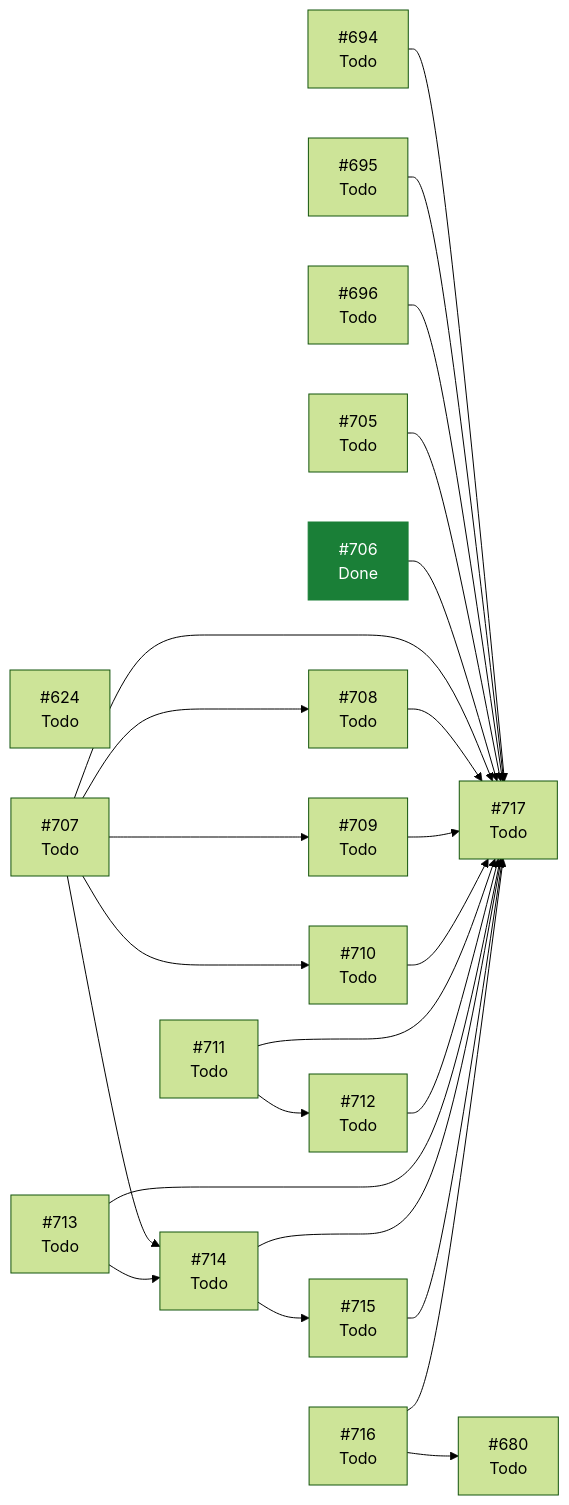
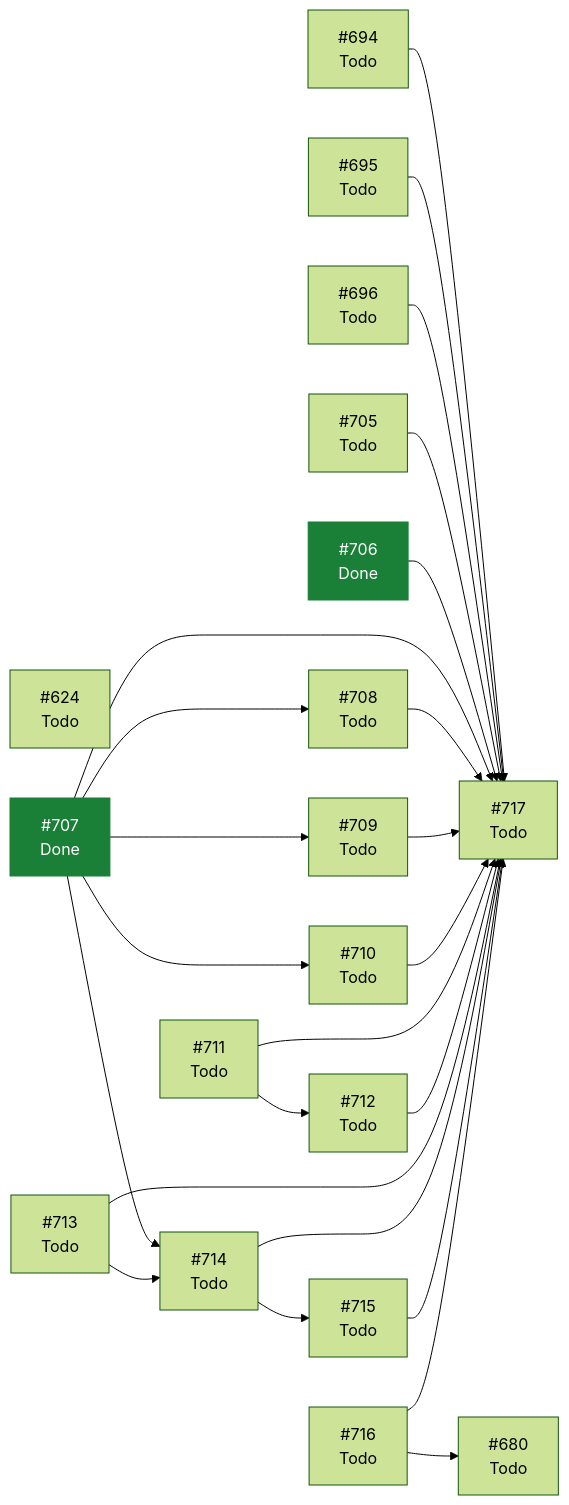
Before and after one commit to ecamp0s/evault: the diagram in docs/planning/STATUS.md, drawn with Mermaid (forest theme). The commit also changed other lines of this file, not shown here.

````diff
--- a/docs/planning/STATUS.md
+++ b/docs/planning/STATUS.md
@@ -111,46 +113,46 @@
 ```mermaid
 graph LR
   I624["#624<br/>Todo"]
   I680["#680<br/>Todo"]
   I694["#694<br/>Todo"]
   I695["#695<br/>Todo"]
   I696["#696<br/>Todo"]
   I705["#705<br/>Todo"]
   I706["#706<br/>Done"]
-  I707["#707<br/>Todo"]
+  I707["#707<br/>Done"]
   I708["#708<br/>Todo"]
   I709["#709<br/>Todo"]
   I710["#710<br/>Todo"]
   I711["#711<br/>Todo"]
   I712["#712<br/>Todo"]
   I713["#713<br/>Todo"]
   I714["#714<br/>Todo"]
   I715["#715<br/>Todo"]
   I716["#716<br/>Todo"]
   I717["#717<br/>Todo"]
   I694 --> I717
   I695 --> I717
   I696 --> I717
   I705 --> I717
   I706 --> I717
   I707 --> I708
   I707 --> I709
   I707 --> I710
   I707 --> I714
   I707 --> I717
   I708 --> I717
   I709 --> I717
   I710 --> I717
   I711 --> I712
   I711 --> I717
   I712 --> I717
   I713 --> I714
   I713 --> I717
   I714 --> I715
   I714 --> I717
   I715 --> I717
   I716 --> I680
   I716 --> I717
   classDef hecho fill:#1a7f37,stroke:#1a7f37,color:#fff;
-  class I706 hecho;
+  class I706,I707 hecho;
 ```
````
